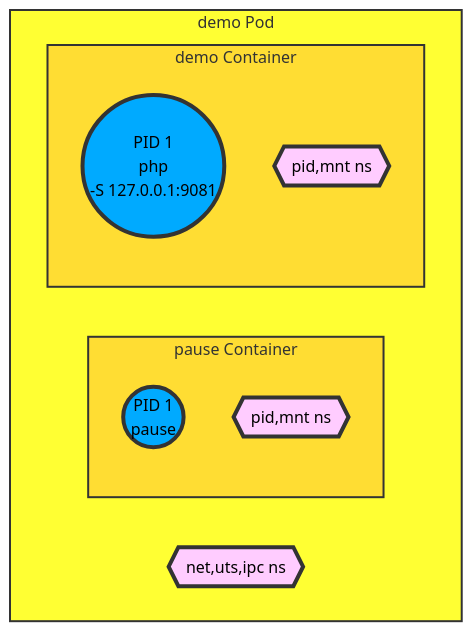
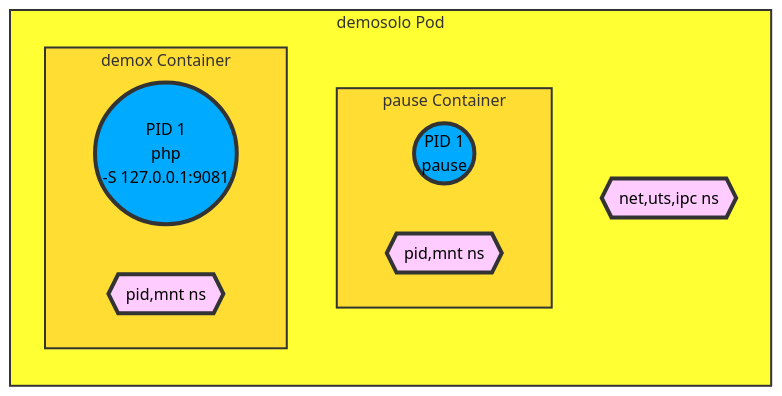
One commit to amcginlay/k8s-primer changed the first of 3 diagrams in content/appendix/717_multicontainer.md. Above: the diagram before and after it, drawn with Mermaid (forest theme). The commit also changed other lines of this file, not shown here.

```diff
--- a/content/appendix/717_multicontainer.md
+++ b/content/appendix/717_multicontainer.md
@@ -142,26 +298,26 @@
 {{< mermaid >}}
-graph
-subgraph pod[demo Pod]
+graph LR
+subgraph pod[demosolo Pod]
   subgraph pausecontainer[pause Container]
     pause((PID 1<br>pause))
     pausens{{pid,mnt ns}}
   end
-  subgraph phpcontainer[demo Container]
-    demo((PID 1<br>php<br>-S 127.0.0.1:9081))
+  subgraph phpcontainer[demox Container]
+    demox((PID 1<br>php<br>-S 127.0.0.1:9081))
     phpns{{pid,mnt ns}}
   end
   podns{{net,uts,ipc ns}}
 end
 classDef green fill:#9f6,stroke:#333,stroke-width:4px;
 classDef orange fill:#f96,stroke:#333,stroke-width:4px;
 classDef blue fill:#69f,stroke:#333,stroke-width:4px;
 classDef blue2 fill:#0af,stroke:#333,stroke-width:4px;
 classDef cyan fill:#0ff,stroke:#333,stroke-width:4px;
 classDef lavender fill:#fcf,stroke:#333,stroke-width:4px;
 classDef yellow fill:#ff3,stroke:#333,stroke-width:2px;
 classDef yelloworange fill:#fd3,stroke:#333,stroke-width:2px;
 class pod yellow;
 class phpcontainer,pausecontainer yelloworange;
-class demo,pause blue2;
+class demox,pause blue2;
 class pausens,phpns,podns lavender;
 {{< /mermaid >}}
```
